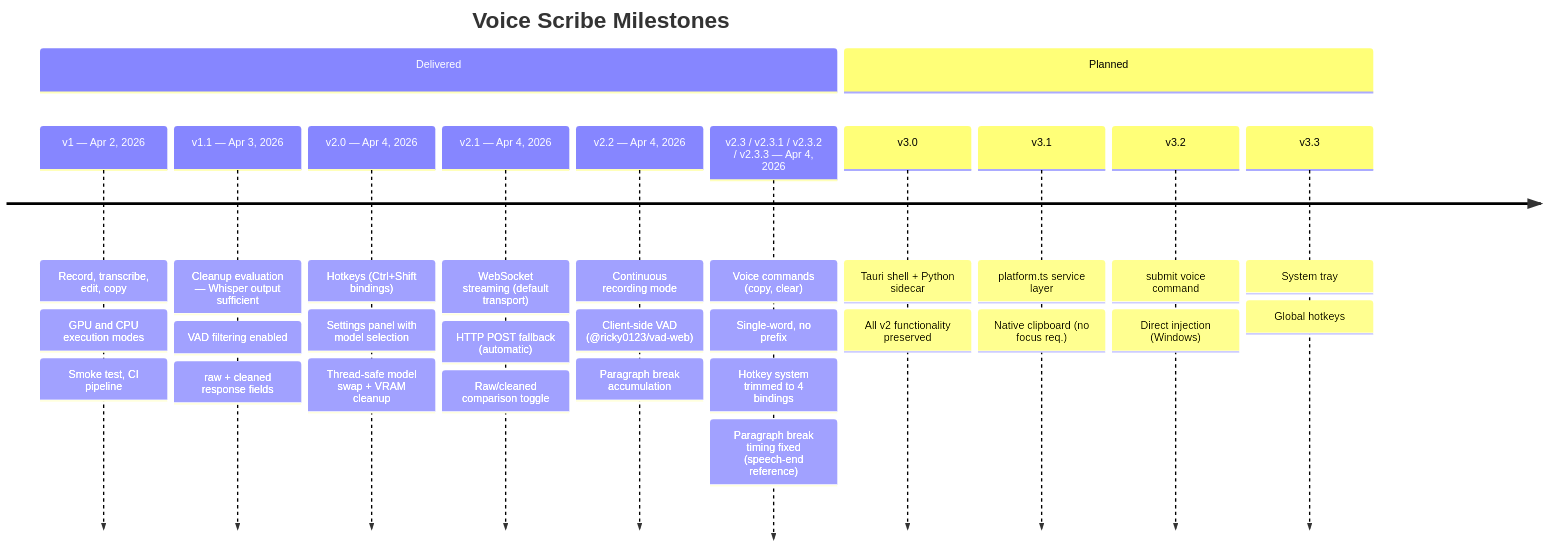
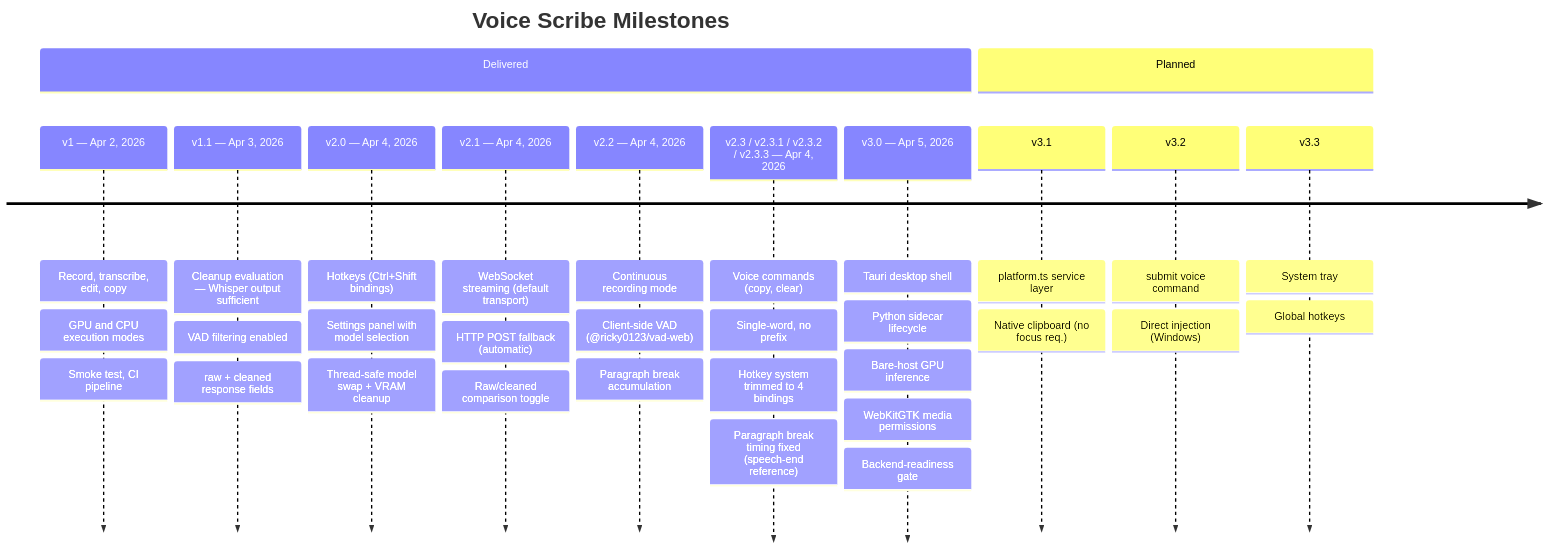
Before and after one commit to JohnYanez95/voice-scribe: the diagram in docs/diagrams/milestone-timeline.mmd, drawn with Mermaid. The commit also changed 7 other files, not shown here.

First line of the commit message:
docs: v3.0 presentation deck, diagrams, and rendered PNGs

```diff
--- a/docs/diagrams/milestone-timeline.mmd
+++ b/docs/diagrams/milestone-timeline.mmd
@@ -1,41 +1,44 @@
 timeline
     title Voice Scribe Milestones
     section Delivered
         v1 — Apr 2, 2026
             : Record, transcribe, edit, copy
             : GPU and CPU execution modes
             : Smoke test, CI pipeline
         v1.1 — Apr 3, 2026
             : Cleanup evaluation — Whisper output sufficient
             : VAD filtering enabled
             : raw + cleaned response fields
         v2.0 — Apr 4, 2026
             : Hotkeys (Ctrl+Shift bindings)
             : Settings panel with model selection
             : Thread-safe model swap + VRAM cleanup
         v2.1 — Apr 4, 2026
             : WebSocket streaming (default transport)
             : HTTP POST fallback (automatic)
             : Raw/cleaned comparison toggle
         v2.2 — Apr 4, 2026
             : Continuous recording mode
             : Client-side VAD (@ricky0123/vad-web)
             : Paragraph break accumulation
         v2.3 / v2.3.1 / v2.3.2 / v2.3.3 — Apr 4, 2026
             : Voice commands (copy, clear)
             : Single-word, no prefix
             : Hotkey system trimmed to 4 bindings
             : Paragraph break timing fixed (speech-end reference)
+        v3.0 — Apr 5, 2026
+            : Tauri desktop shell
+            : Python sidecar lifecycle
+            : Bare-host GPU inference
+            : WebKitGTK media permissions
+            : Backend-readiness gate
     section Planned
-        v3.0
-            : Tauri shell + Python sidecar
-            : All v2 functionality preserved
         v3.1
             : platform.ts service layer
             : Native clipboard (no focus req.)
         v3.2
             : submit voice command
             : Direct injection (Windows)
         v3.3
             : System tray
             : Global hotkeys
```
